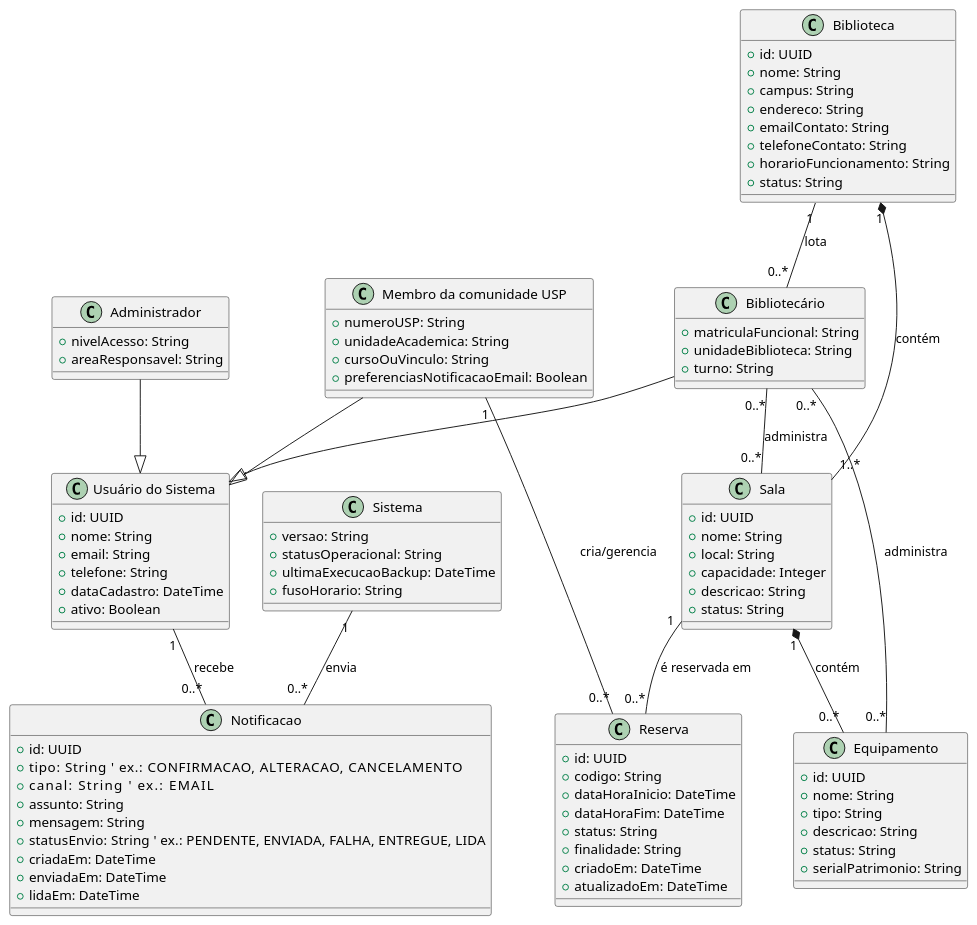
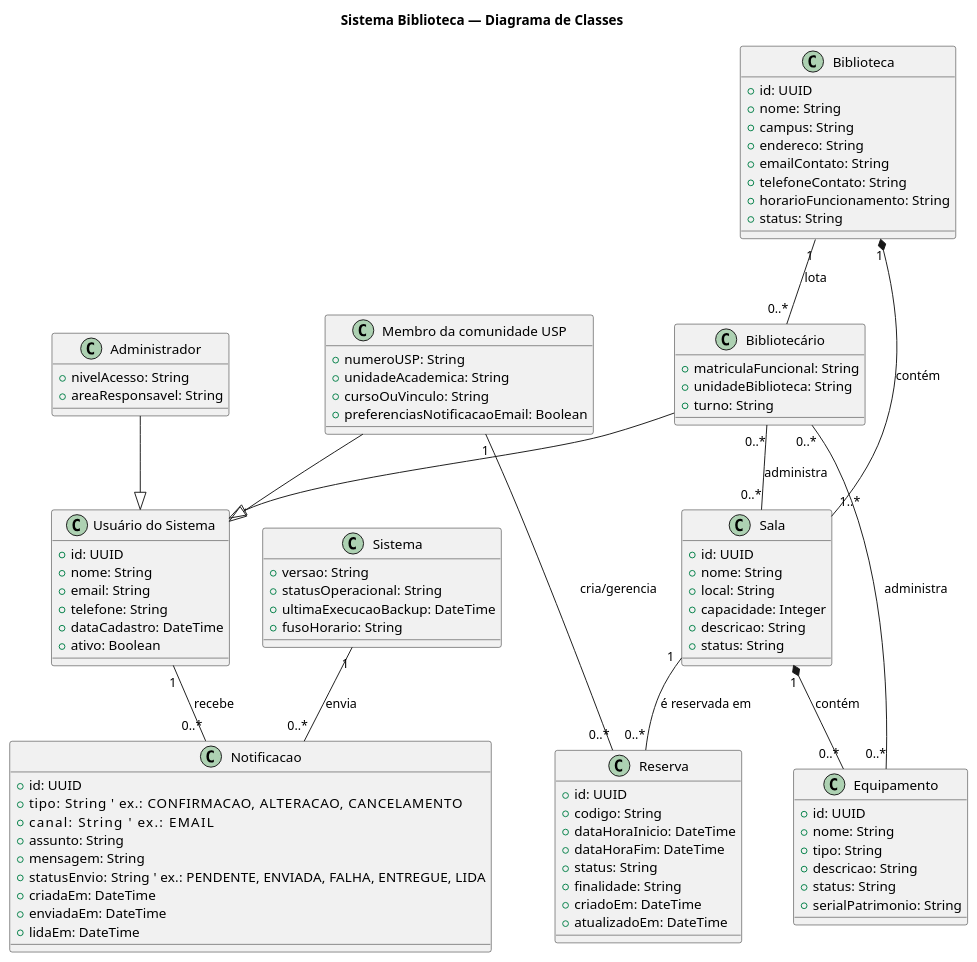
Before and after one commit to carloshenriquehannas/TCC: the diagram in Biblioteca/diagramaClasses-biblioteca.puml, drawn with PlantUML. The commit also changed 7 other files, not shown here.

```diff
--- a/Biblioteca/diagramaClasses-biblioteca.puml
+++ b/Biblioteca/diagramaClasses-biblioteca.puml
@@ -1,107 +1,109 @@
-@startuml
+@startuml diagramaClasses - biblioteca
+title Sistema Biblioteca — Diagrama de Classes
+
 ' Diagrama de Classes — acrescentada a classe Notificação (envio pelo Sistema aos usuários)
 
 class "Usuário do Sistema" as UsuarioDoSistema {
   +id: UUID
   +nome: String
   +email: String
   +telefone: String
   +dataCadastro: DateTime
   +ativo: Boolean
 }
 
 class "Membro da comunidade USP" as MembroDaComunidadeUSP {
   +numeroUSP: String
   +unidadeAcademica: String
   +cursoOuVinculo: String
   +preferenciasNotificacaoEmail: Boolean
 }
 
 class "Bibliotecário" as Bibliotecario {
   +matriculaFuncional: String
   +unidadeBiblioteca: String
   +turno: String
 }
 
 class "Administrador" as Administrador {
   +nivelAcesso: String
   +areaResponsavel: String
 }
 
 class "Sistema" as Sistema {
   +versao: String
   +statusOperacional: String
   +ultimaExecucaoBackup: DateTime
   +fusoHorario: String
 }
 
 class Biblioteca {
   +id: UUID
   +nome: String
   +campus: String
   +endereco: String
   +emailContato: String
   +telefoneContato: String
   +horarioFuncionamento: String
   +status: String
 }
 
 class Sala {
   +id: UUID
   +nome: String
   +local: String
   +capacidade: Integer
   +descricao: String
   +status: String
 }
 
 class Reserva {
   +id: UUID
   +codigo: String
   +dataHoraInicio: DateTime
   +dataHoraFim: DateTime
   +status: String
   +finalidade: String
   +criadoEm: DateTime
   +atualizadoEm: DateTime
 }
 
 class Equipamento {
   +id: UUID
   +nome: String
   +tipo: String
   +descricao: String
   +status: String
   +serialPatrimonio: String
 }
 
 class Notificacao {
   +id: UUID
   +tipo: String           ' ex.: CONFIRMACAO, ALTERACAO, CANCELAMENTO
   +canal: String          ' ex.: EMAIL
   +assunto: String
   +mensagem: String
   +statusEnvio: String    ' ex.: PENDENTE, ENVIADA, FALHA, ENTREGUE, LIDA
   +criadaEm: DateTime
   +enviadaEm: DateTime
   +lidaEm: DateTime
 }
 
 ' Heranças (atores)
 MembroDaComunidadeUSP --|> UsuarioDoSistema
 Bibliotecario --|> UsuarioDoSistema
 Administrador --|> UsuarioDoSistema
 
 ' Relações de domínio com multiplicidades (existentes)
 Biblioteca "1" *-- "1..*" Sala : contém
 Biblioteca "1" -- "0..*" Bibliotecario : lota
 MembroDaComunidadeUSP "1" -- "0..*" Reserva : cria/gerencia
 Sala "1" -- "0..*" Reserva : é reservada em
 Sala "1" *-- "0..*" Equipamento : contém
 Bibliotecario "0..*" -- "0..*" Sala : administra
 Bibliotecario "0..*" -- "0..*" Equipamento : administra
 
 ' Novas relações de Notificação (Sistema envia para usuários)
 Sistema "1" -- "0..*" Notificacao : envia
 UsuarioDoSistema "1" -- "0..*" Notificacao : recebe
 @enduml
```
